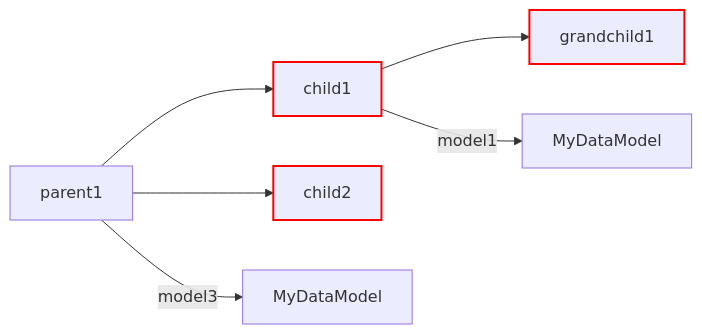
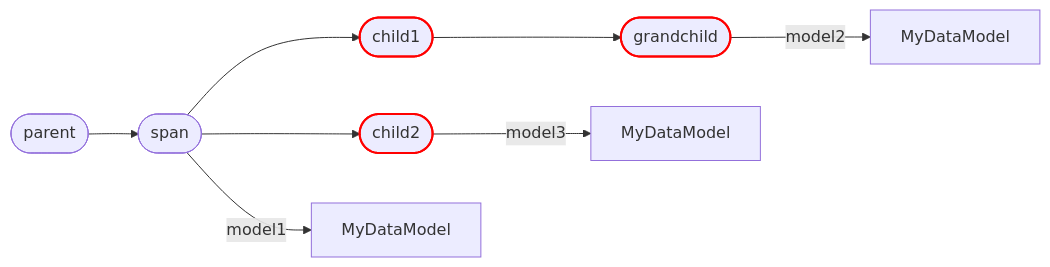
The fifth of 8 diagrams in docs/usage.md (rmorshea/artigraph), drawn with Mermaid before and after one commit. The commit also changed other lines of this file, not shown here.

````diff
--- a/docs/usage.md
+++ b/docs/usage.md
@@ -273,11 +328,23 @@
 ```mermaid
 graph LR
-    style child1 stroke:red,stroke-width:2px
-    style child2 stroke:red,stroke-width:2px
-    style grandchild1 stroke:red,stroke-width:2px
-    parent1 --> child1
-    parent1 --> child2
-    child1 --> grandchild1
-    child1 --> |model1| model1[MyDataModel]
-    parent1 --> |model3| model3[MyDataModel]
+    p([parent])
+    s([span])
+    c1([child1])
+    c2([child2])
+    g([grandchild])
+    m1[MyDataModel]
+    m2[MyDataModel]
+    m3[MyDataModel]
+
+    style c1 stroke:red,stroke-width:2px
+    style c2 stroke:red,stroke-width:2px
+    style g stroke:red,stroke-width:2px
+
+    p --> s
+    s --> |model1| m1
+    s --> c1
+    s --> c2
+    c1 --> g
+    g --> |model2| m2
+    c2 --> |model3| m3
 ```
````
